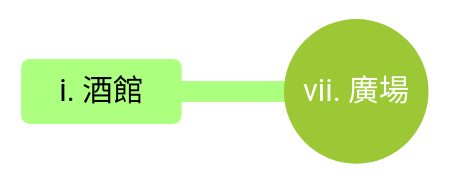
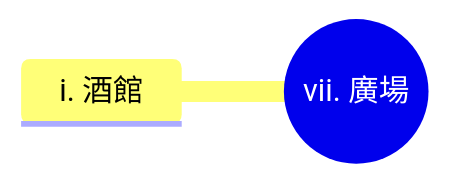
The diagram in docs/settlement/capital/001.長灣.md (TzuoYeah/WorldBuliding), drawn with Mermaid before and after one commit. The commit also changed 4 other files, not shown here.

````diff
--- a/docs/settlement/capital/001.長灣.md
+++ b/docs/settlement/capital/001.長灣.md
@@ -16,10 +16,6 @@
 ```mermaid
----
-config:
-  theme: forest
----
 mindmap
   root((vii. 廣場))
     i. 酒館
 
 ```
````
